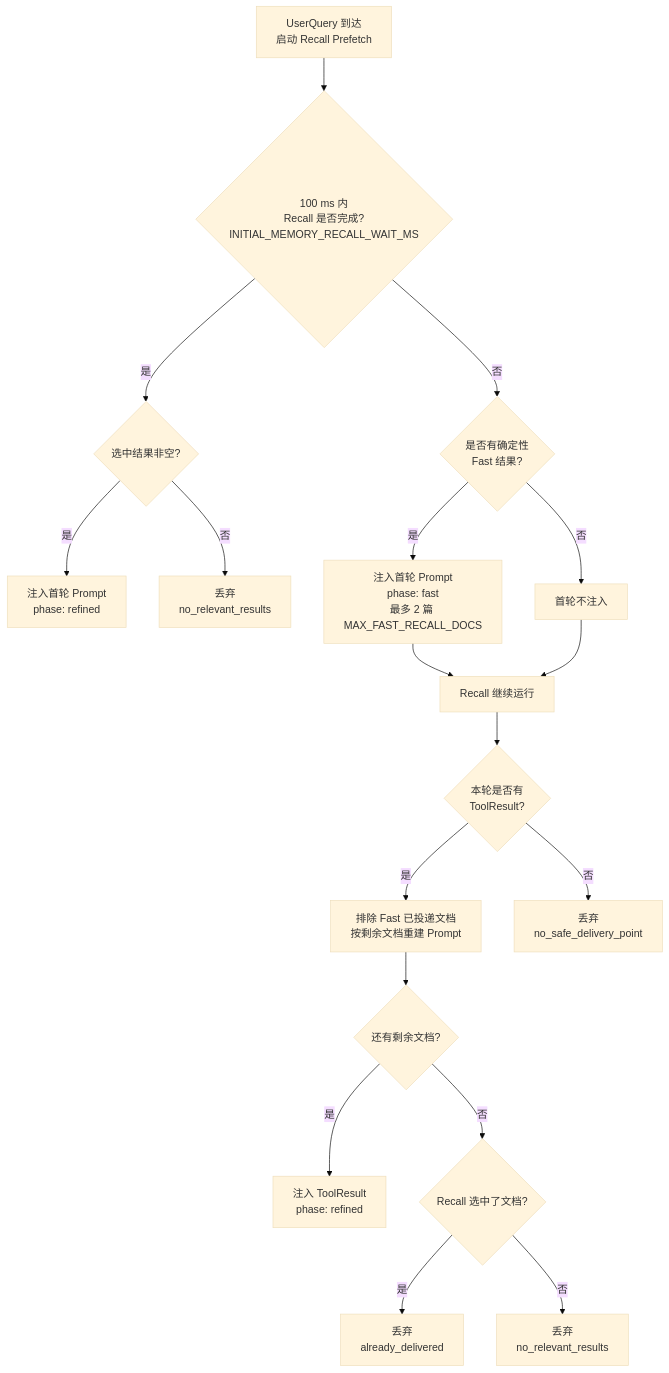
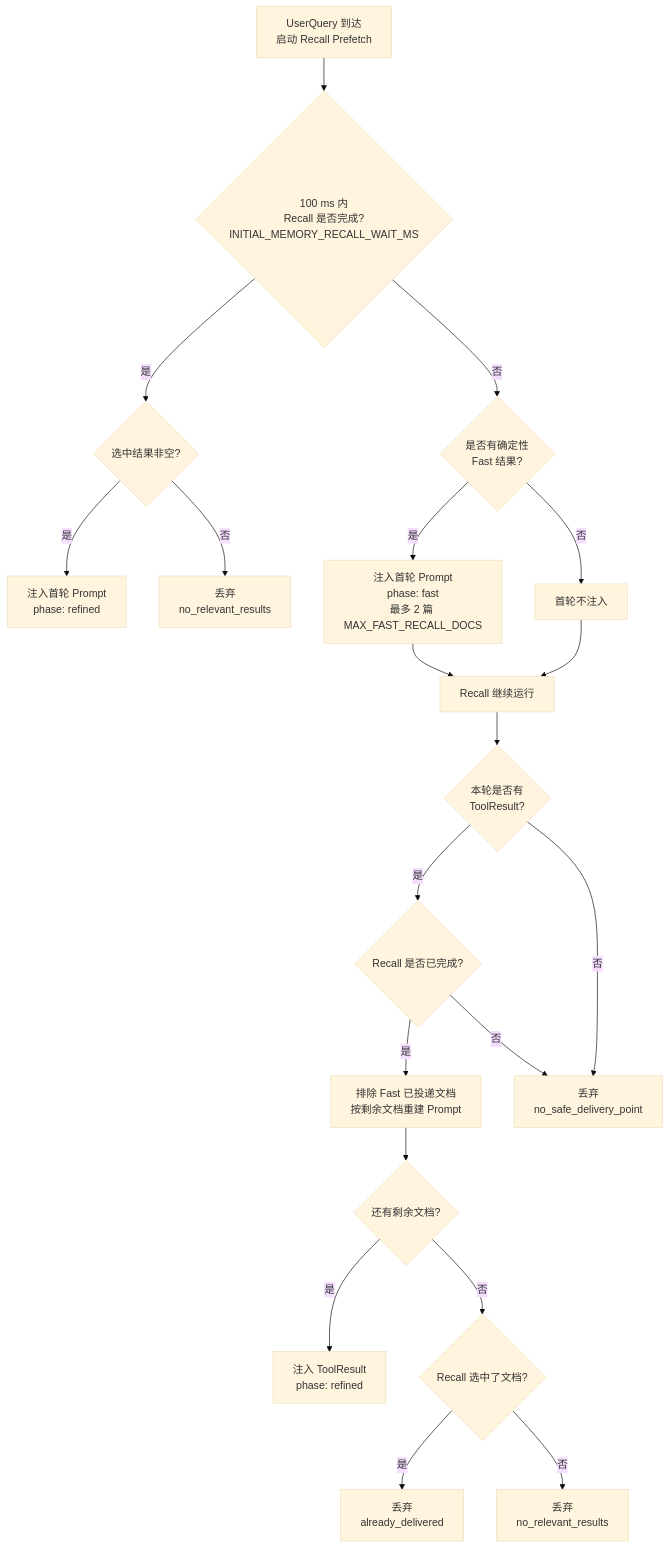
The seventh of 8 diagrams in docs/design/auto-memory/memory-system.md (QwenLM/qwen-code), drawn with Mermaid (base theme) before and after one commit. The commit also changed other lines of this file and 2 other files, not shown here.

Commit message:
docs(memory): align recall delivery claims

````diff
--- a/docs/design/auto-memory/memory-system.md
+++ b/docs/design/auto-memory/memory-system.md
@@ -404,20 +404,22 @@
 ```mermaid
 flowchart TD
     A[UserQuery 到达\n启动 Recall Prefetch] --> B{100 ms 内\nRecall 是否完成?\nINITIAL_MEMORY_RECALL_WAIT_MS}
     B -- 是 --> C{选中结果非空?}
     C -- 是 --> C1[注入首轮 Prompt\nphase: refined]
     C -- 否 --> C0[丢弃\nno_relevant_results]
     B -- 否 --> D{是否有确定性\nFast 结果?}
     D -- 是 --> E[注入首轮 Prompt\nphase: fast\n最多 2 篇 MAX_FAST_RECALL_DOCS]
     D -- 否 --> F[首轮不注入]
     E --> G[Recall 继续运行]
     F --> G
     G --> H{本轮是否有\nToolResult?}
-    H -- 是 --> I[排除 Fast 已投递文档\n按剩余文档重建 Prompt]
-    I --> J{还有剩余文档?}
-    J -- 是 --> K[注入 ToolResult\nphase: refined]
-    J -- 否 --> L{Recall 选中了文档?}
+    H -- 是 --> I{Recall 是否已完成?}
+    I -- 是 --> J[排除 Fast 已投递文档\n按剩余文档重建 Prompt]
+    I -- 否 --> M[丢弃\nno_safe_delivery_point]
+    J --> J1{还有剩余文档?}
+    J1 -- 是 --> K[注入 ToolResult\nphase: refined]
+    J1 -- 否 --> L{Recall 选中了文档?}
     L -- 是 --> L1[丢弃\nalready_delivered]
     L -- 否 --> L2[丢弃\nno_relevant_results]
-    H -- 否 --> M[丢弃\nno_safe_delivery_point]
+    H -- 否 --> M
 ```
````
